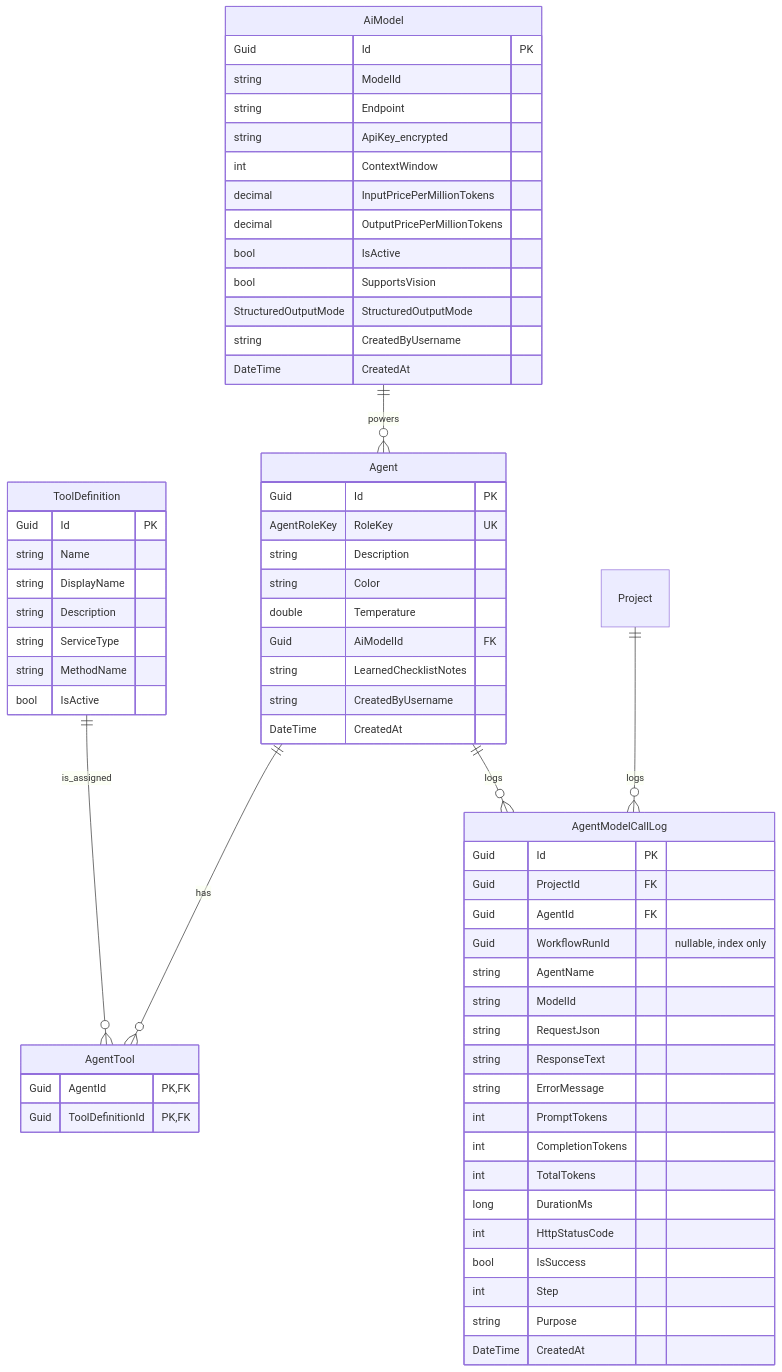
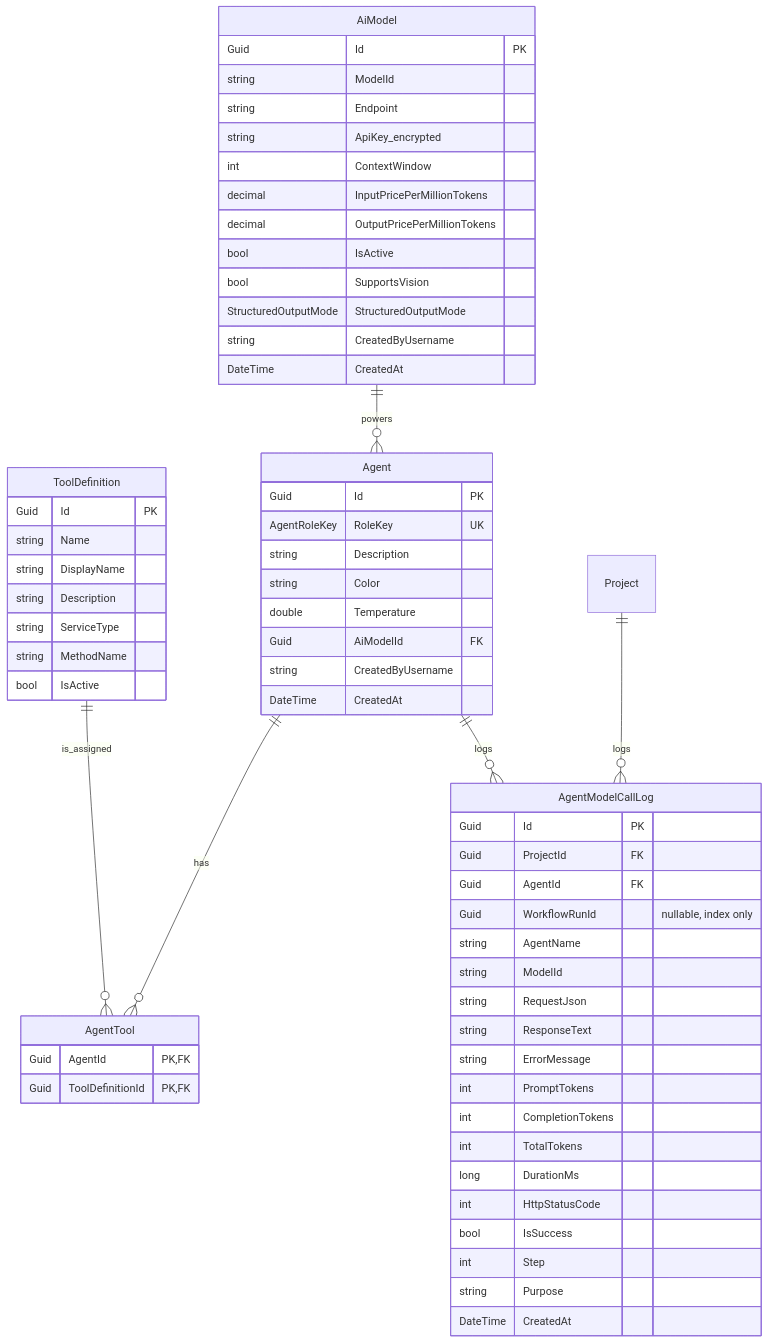
Before and after one commit to Songlong0506/ICOGenerator-v4: the sixth of 10 diagrams in docs/DatabaseDesign.md, drawn with Mermaid. The commit also changed 30 other files, not shown here.

````diff
--- a/docs/DatabaseDesign.md
+++ b/docs/DatabaseDesign.md
@@ -203,71 +203,70 @@
 ```mermaid
 erDiagram
     AiModel {
         Guid Id PK
         string ModelId
         string Endpoint
         string ApiKey_encrypted
         int ContextWindow
         decimal InputPricePerMillionTokens
         decimal OutputPricePerMillionTokens
         bool IsActive
         bool SupportsVision
         StructuredOutputMode StructuredOutputMode
         string CreatedByUsername
         DateTime CreatedAt
     }
 
     Agent {
         Guid Id PK
         AgentRoleKey RoleKey UK
         string Description
         string Color
         double Temperature
         Guid AiModelId FK
-        string LearnedChecklistNotes
         string CreatedByUsername
         DateTime CreatedAt
     }
 
     ToolDefinition {
         Guid Id PK
         string Name
         string DisplayName
         string Description
         string ServiceType
         string MethodName
         bool IsActive
     }
 
     AgentTool {
         Guid AgentId PK, FK
         Guid ToolDefinitionId PK, FK
     }
 
     AgentModelCallLog {
         Guid Id PK
         Guid ProjectId FK
         Guid AgentId FK
         Guid WorkflowRunId "nullable, index only"
         string AgentName
         string ModelId
         string RequestJson
         string ResponseText
         string ErrorMessage
         int PromptTokens
         int CompletionTokens
         int TotalTokens
         long DurationMs
         int HttpStatusCode
         bool IsSuccess
         int Step
         string Purpose
         DateTime CreatedAt
     }
 
     AiModel ||--o{ Agent : powers
     Agent ||--o{ AgentTool : has
     ToolDefinition ||--o{ AgentTool : is_assigned
     Project ||--o{ AgentModelCallLog : logs
     Agent ||--o{ AgentModelCallLog : logs
 ```
````
